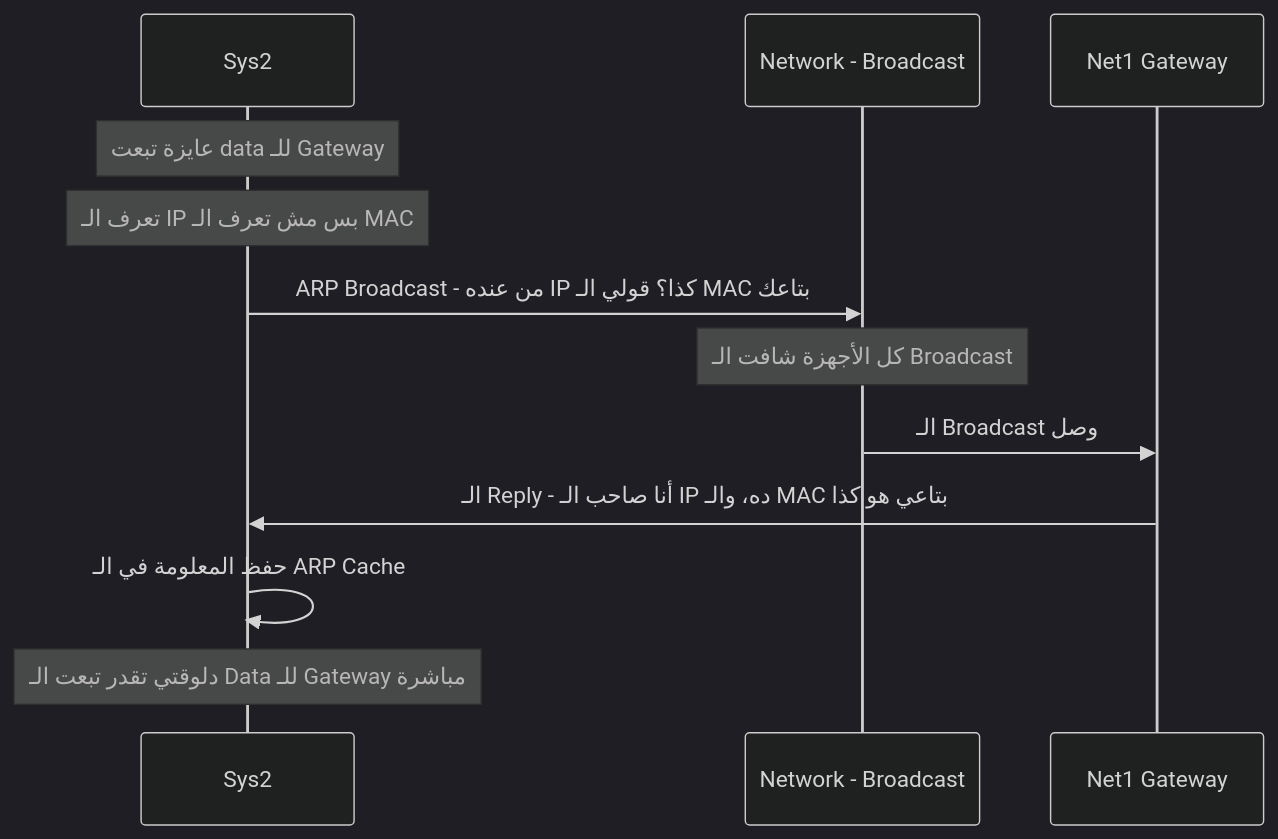
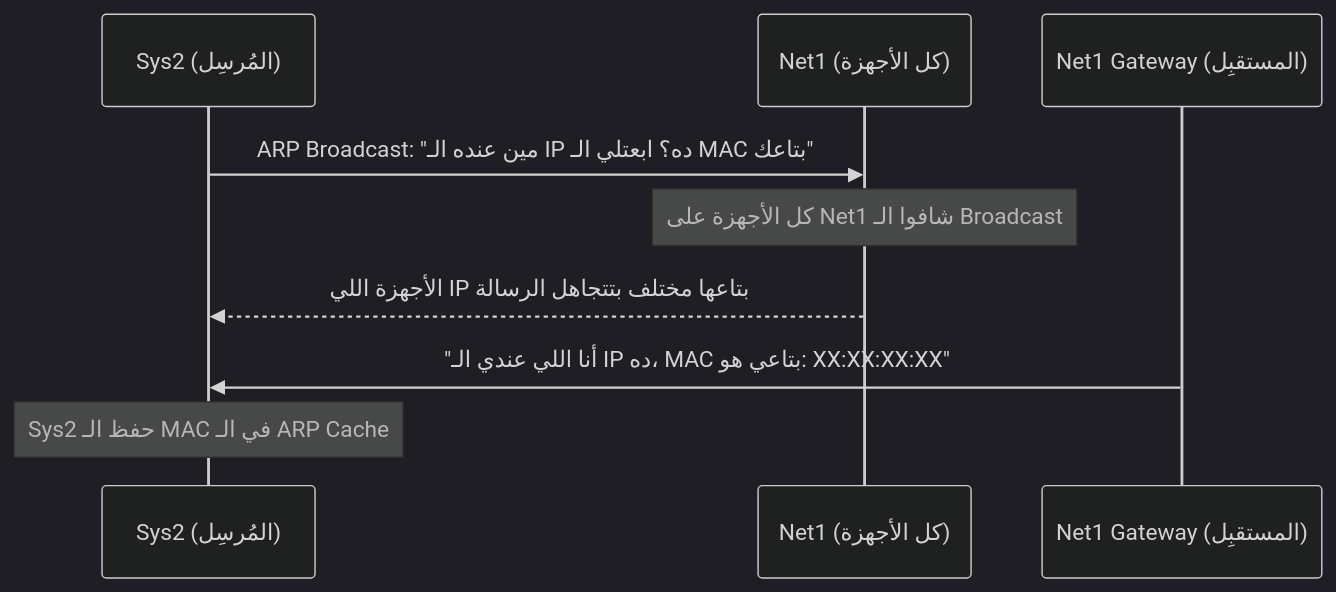
Before and after one commit to ammaryasser28/Introduction-To-Cyber-Security: diagram 11 of 14 in Operating Systems & Networking Fundamentals.md, drawn with Mermaid (dark theme). The commit also changed other lines of this file, not shown here.

````diff
--- a/Operating Systems & Networking Fundamentals.md
+++ b/Operating Systems & Networking Fundamentals.md
@@ -392,16 +359,12 @@
 ```mermaid
 sequenceDiagram
-    participant Sys2 as Sys2
-    participant Network as Network - Broadcast
-    participant Gateway as Net1 Gateway
+    participant Sys2 as Sys2 (المُرسِل)
+    participant Network as Net1 (كل الأجهزة)
+    participant GW as Net1 Gateway (المستقبِل)
 
-    Note over Sys2: عايزة تبعت data للـ Gateway
-    Note over Sys2: تعرف الـ IP بس مش تعرف الـ MAC
-
-    Sys2->>Network: ARP Broadcast - من عنده IP كذا؟ قولي الـ MAC بتاعك
-    Note over Network: كل الأجهزة شافت الـ Broadcast
-    Network->>Gateway: الـ Broadcast وصل
-    Gateway->>Sys2: الـ Reply - أنا صاحب الـ IP ده، والـ MAC بتاعي هو كذا
-    Sys2->>Sys2: حفظ المعلومة في الـ ARP Cache
-    Note over Sys2: دلوقتي تقدر تبعت الـ Data للـ Gateway مباشرة
+    Sys2->>Network: ARP Broadcast: "مين عنده الـ IP ده؟ ابعتلي الـ MAC بتاعك"
+    Note over Network: كل الأجهزة على Net1 شافوا الـ Broadcast
+    Network-->>Sys2: الأجهزة اللي IP بتاعها مختلف بتتجاهل الرسالة
+    GW->>Sys2: "أنا اللي عندي الـ IP ده، MAC بتاعي هو: XX:XX:XX:XX"
+    Note over Sys2: Sys2 حفظ الـ MAC في الـ ARP Cache
 ```
````
